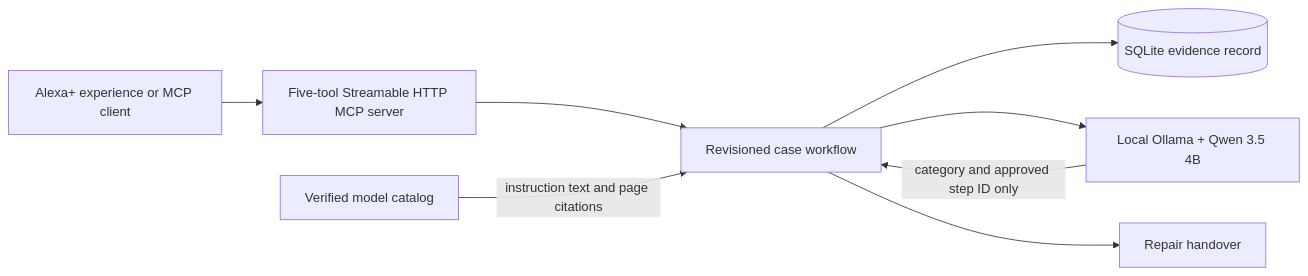
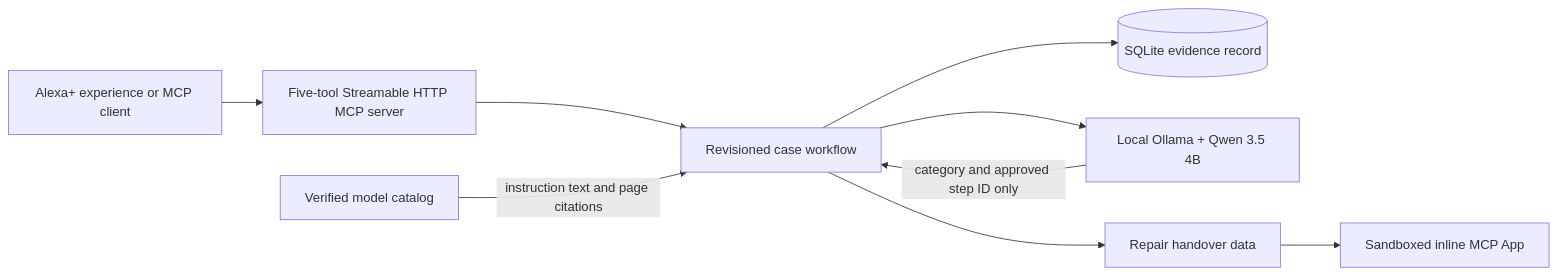
The diagram in README.md (K1Andayesh/fixproof-alexa-plus), drawn with Mermaid before and after one commit. The commit also changed other lines of this file and 10 other files, not shown here.

Commit message:
Add inline MCP repair handover app

````diff
--- a/README.md
+++ b/README.md
@@ -20,10 +20,11 @@
 ```mermaid
 flowchart LR
     A[Alexa+ experience or MCP client] --> B[Five-tool Streamable HTTP MCP server]
     B --> C[Revisioned case workflow]
     C --> D[(SQLite evidence record)]
     C --> E[Local Ollama + Qwen 3.5 4B]
     E -->|category and approved step ID only| C
     F[Verified model catalog] -->|instruction text and page citations| C
-    C --> G[Repair handover]
+    C --> G[Repair handover data]
+    G --> H[Sandboxed inline MCP App]
 ```
````
